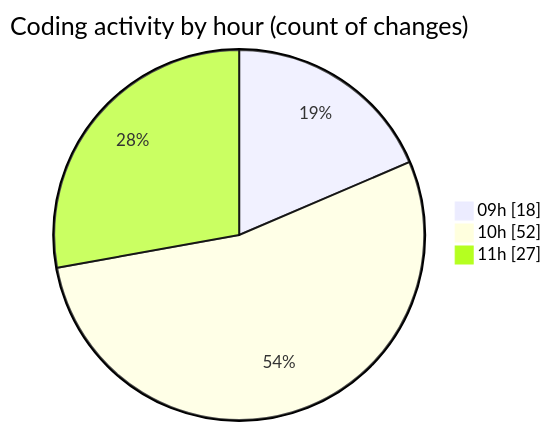
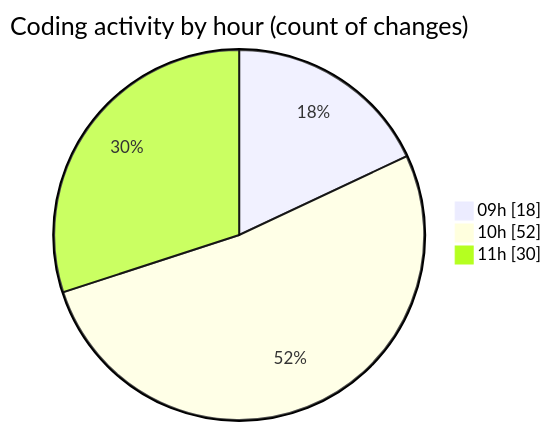
Before and after one commit to momahboobian/code-tracking: the second of 2 diagrams in 2025-03-21/cda/README.md, drawn with Mermaid. The commit also changed other lines of this file and 1 other file, not shown here.

````diff
--- a/2025-03-21/cda/README.md
+++ b/2025-03-21/cda/README.md
@@ -38,7 +38,7 @@
 ```mermaid
 pie showData
 title Coding activity by hour (count of changes)
 "09h" : 18
 "10h" : 52
-"11h" : 27
+"11h" : 30
 ```
````
